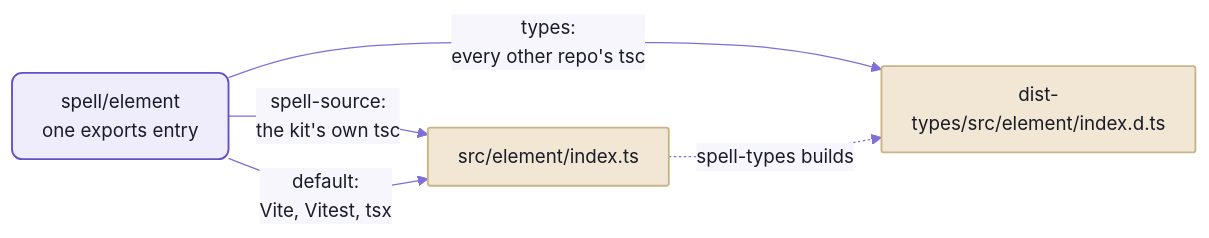
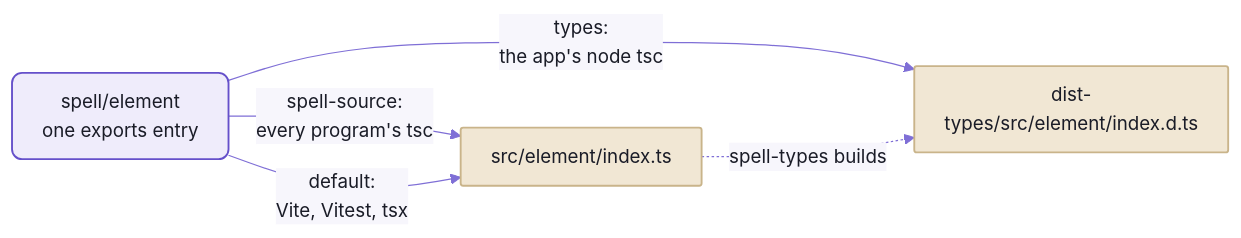
The second of 2 diagrams in README-toolchain.md (spell-app/spell), drawn with Mermaid before and after one commit. The commit also changed other lines of this file and 12 other files, not shown here.

Commit message:
repo-split T:  the kit's README for one repo -- one clone, one install, its folders, not child repos;  the repos picture redrawn;  the root's README-*.md pages too (development, toolchain, server, agents, cli, util);  the language commands' no-app message names no yarn clone

````diff
--- a/README-toolchain.md
+++ b/README-toolchain.md
@@ -300,13 +300,13 @@
 ```mermaid
 %%{init: {"theme":"base","themeVariables":{"fontFamily":"-apple-system, BlinkMacSystemFont, Segoe UI, Helvetica, Arial, sans-serif","fontSize":"15px","primaryColor":"#EFECFB","primaryBorderColor":"#6550CA","primaryTextColor":"#1A1C27","secondaryColor":"#F4F1E9","tertiaryColor":"#F7F6FC","lineColor":"#7F6FD6","textColor":"#7F6FD6","clusterBkg":"#F7F6FC","clusterBorder":"#B9B0E8","titleColor":"#1A1C27","edgeLabelBackground":"#F7F6FC","actorBkg":"#EFECFB","actorBorder":"#6550CA","actorTextColor":"#1A1C27","actorLineColor":"#9C90DE","signalColor":"#7F6FD6","signalTextColor":"#7F6FD6","labelBoxBkgColor":"#EFECFB","labelBoxBorderColor":"#6550CA","labelTextColor":"#1A1C27","loopTextColor":"#7F6FD6","noteBkgColor":"#F1E7D4","noteBorderColor":"#C9B48A","noteTextColor":"#1A1C27","activationBkgColor":"#DCD6F7","activationBorderColor":"#6550CA","sequenceNumberColor":"#FFFFFF"},"flowchart":{"curve":"basis","padding":12,"nodeSpacing":40,"rankSpacing":44}}}%%
 flowchart LR
   entry["spell/element<br/>one exports entry"]
-  entry -- "spell-source:<br/>the kit's own tsc" --> src["src/element/index.ts"]
+  entry -- "spell-source:<br/>every program's tsc" --> src["src/element/index.ts"]
   entry -- "default:<br/>Vite, Vitest, tsx" --> src
-  entry -- "types:<br/>every other repo's tsc" --> dts["dist-types/src/element/index.d.ts"]
+  entry -- "types:<br/>the app's node tsc" --> dts["dist-types/src/element/index.d.ts"]
   src -. "spell-types builds" .-> dts
   %% the Spell look:  yarn mermaid:pretty
   classDef default fill:#EFECFB,stroke:#6550CA,stroke-width:1.5px,color:#1A1C27,rx:8px,ry:8px
   classDef data fill:#F1E7D4,stroke:#C9B48A,stroke-width:1.5px,color:#1A1C27,rx:2px,ry:2px
   class src,dts data
 ```
````
